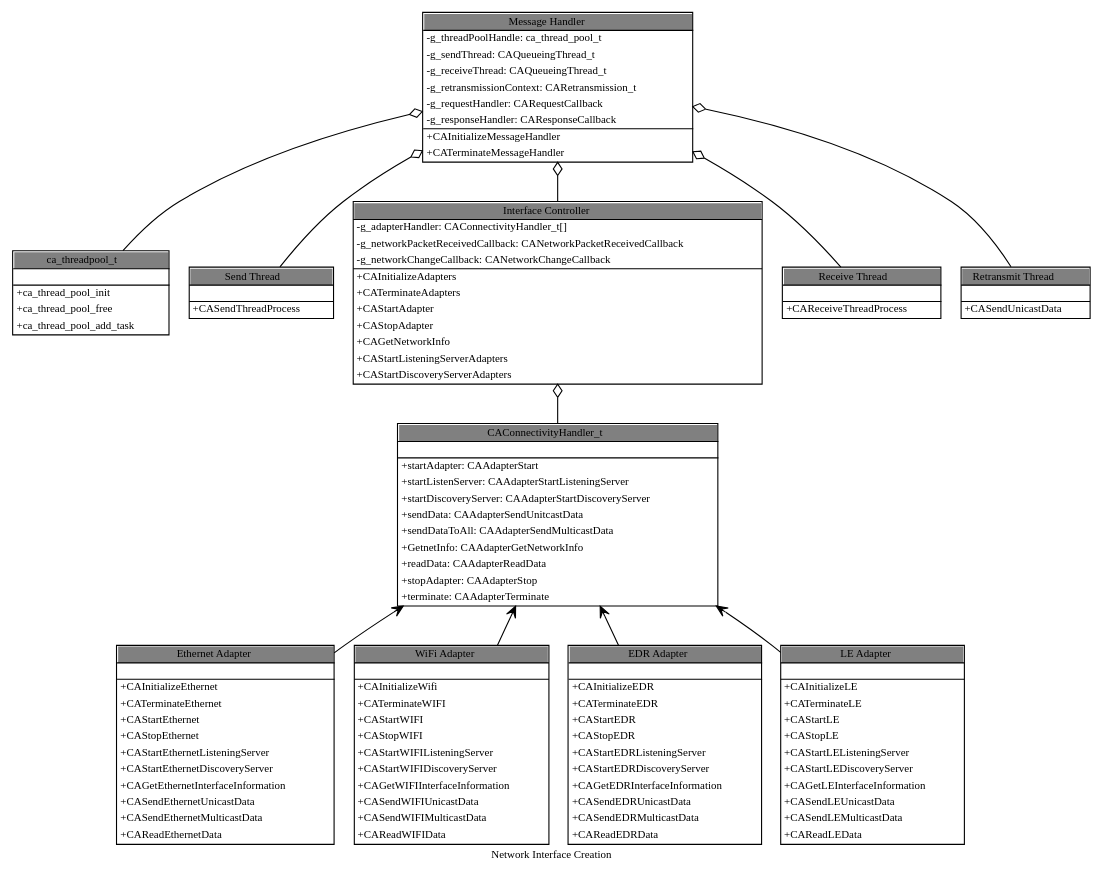
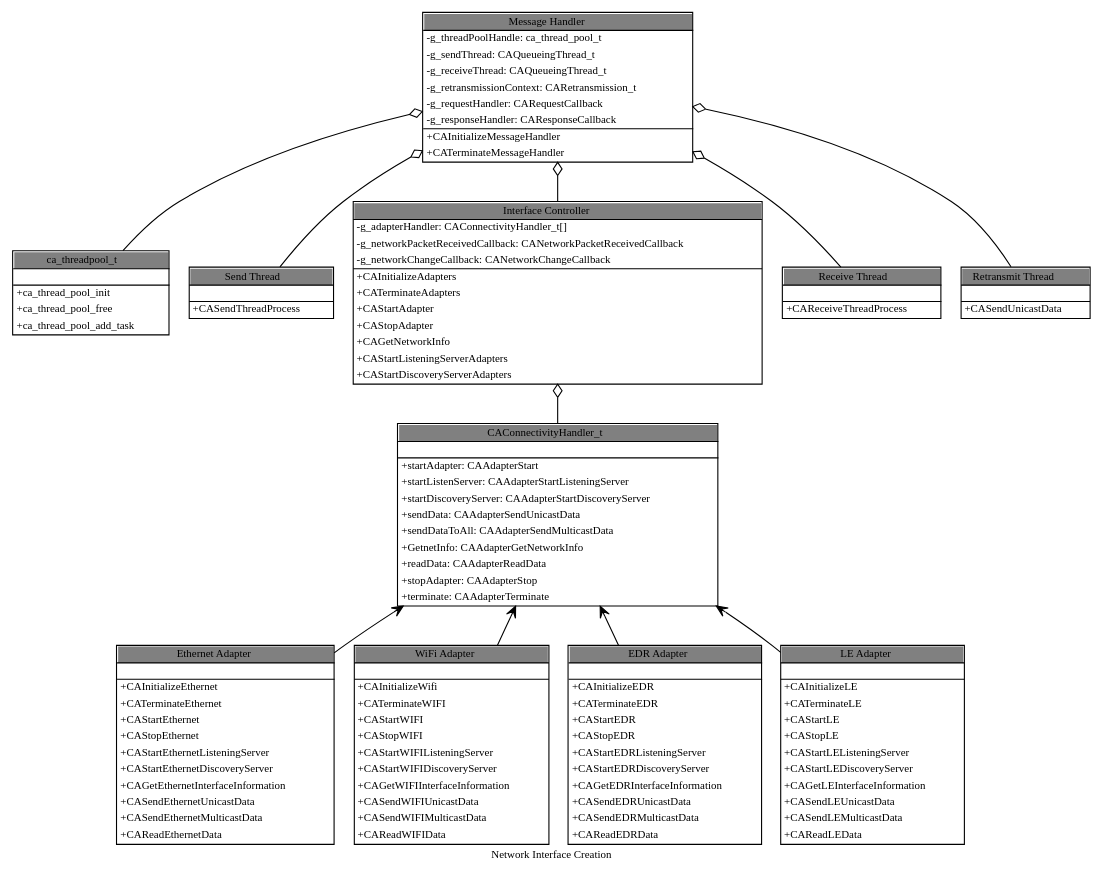
One commit to iotivity/iotivity changed the diagram in resource/docs/devdox/dot/ca_arch.gv. Above: the diagram before and after it, drawn with Graphviz. The commit also changed 1 other file, not shown here.

Commit message:
Corrected spelling.  s/Unitcast/Unicast/g

```diff
--- a/resource/docs/devdox/dot/ca_arch.gv
+++ b/resource/docs/devdox/dot/ca_arch.gv
@@ -139,7 +139,7 @@
                     <tr><td align="left" href="\ref CAConnectivityHandler_t::startAdapter" tooltip="+startAdapter: CAAdapterStart">+startAdapter: CAAdapterStart</td></tr>
                     <tr><td align="left" href="\ref CAConnectivityHandler_t::startListenServer" tooltip="+startListenServer: CAAdapterStartListeningServer">+startListenServer: CAAdapterStartListeningServer</td></tr>
                     <tr><td align="left" href="\ref CAConnectivityHandler_t::startDiscoveryServer" tooltip="+startDiscoveryServer: CAAdapterStartDiscoveryServer">+startDiscoveryServer: CAAdapterStartDiscoveryServer</td></tr>
-                    <tr><td align="left" href="\ref CAConnectivityHandler_t::sendData" tooltip="+sendData: CAAdapterSendUnitcastData">+sendData: CAAdapterSendUnitcastData</td></tr>
+                    <tr><td align="left" href="\ref CAConnectivityHandler_t::sendData" tooltip="+sendData: CAAdapterSendUnicastData">+sendData: CAAdapterSendUnicastData</td></tr>
                     <tr><td align="left" href="\ref CAConnectivityHandler_t::sendDataToAll" tooltip="+sendDataToAll: CAAdapterSendMulticastData">+sendDataToAll: CAAdapterSendMulticastData</td></tr>
                     <tr><td align="left" href="\ref CAConnectivityHandler_t::GetnetInfo" tooltip="+GetnetInfo: CAAdapterGetNetworkInfo">+GetnetInfo: CAAdapterGetNetworkInfo</td></tr>
                     <tr><td align="left" href="\ref CAConnectivityHandler_t::readData" tooltip="+readData: CAAdapterReadData">+readData: CAAdapterReadData</td></tr>
```
